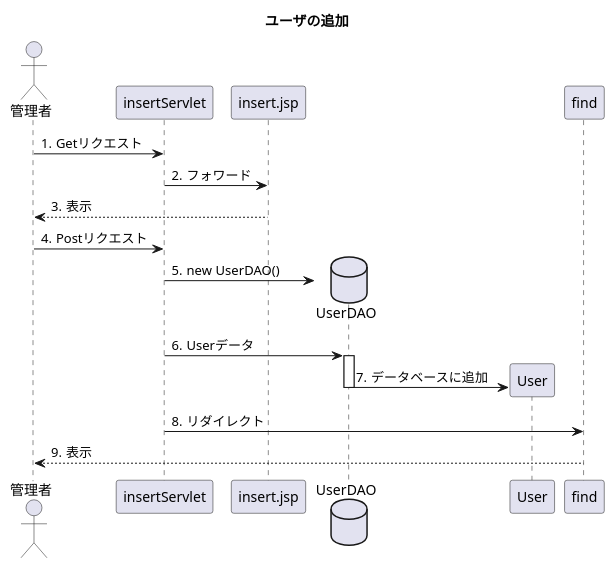
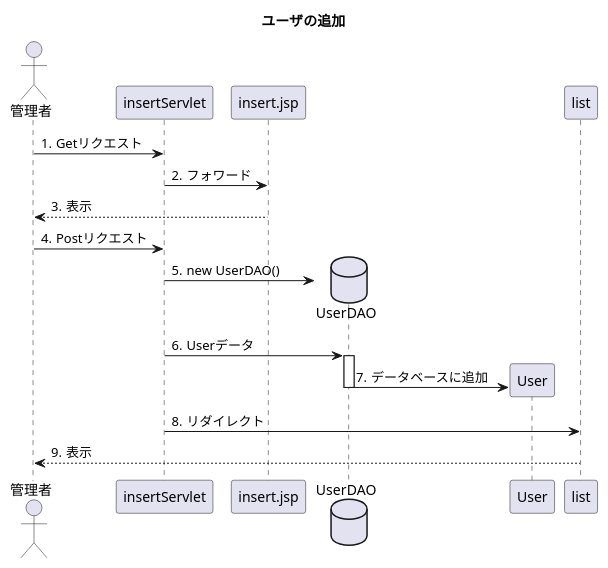
One commit to toufu66/ProjectC changed the diagram in uml_detail/seq_insert.pu. Above: the diagram before and after it, drawn with PlantUML.

Commit message:
詳細シーケンス 追加

```diff
--- a/uml_detail/seq_insert.pu
+++ b/uml_detail/seq_insert.pu
@@ -1,24 +1,24 @@
 @startuml
 title ユーザの追加
 
 autonumber "#."
 
 actor 管理者
 participant insertServlet
 participant insert.jsp
 database UserDAO
 participant User
 
 
 管理者 -> insertServlet:Getリクエスト
 insertServlet -> insert.jsp:フォワード
 insert.jsp --> 管理者:表示
 管理者 -> insertServlet:Postリクエスト
 insertServlet -> UserDAO**:new UserDAO()
 insertServlet -> UserDAO++:Userデータ
 UserDAO -> User**:データベースに追加
 UserDAO--
-insertServlet -> find:リダイレクト
-find --> 管理者:表示
+insertServlet -> list:リダイレクト
+list --> 管理者:表示
 
 @enduml
```
